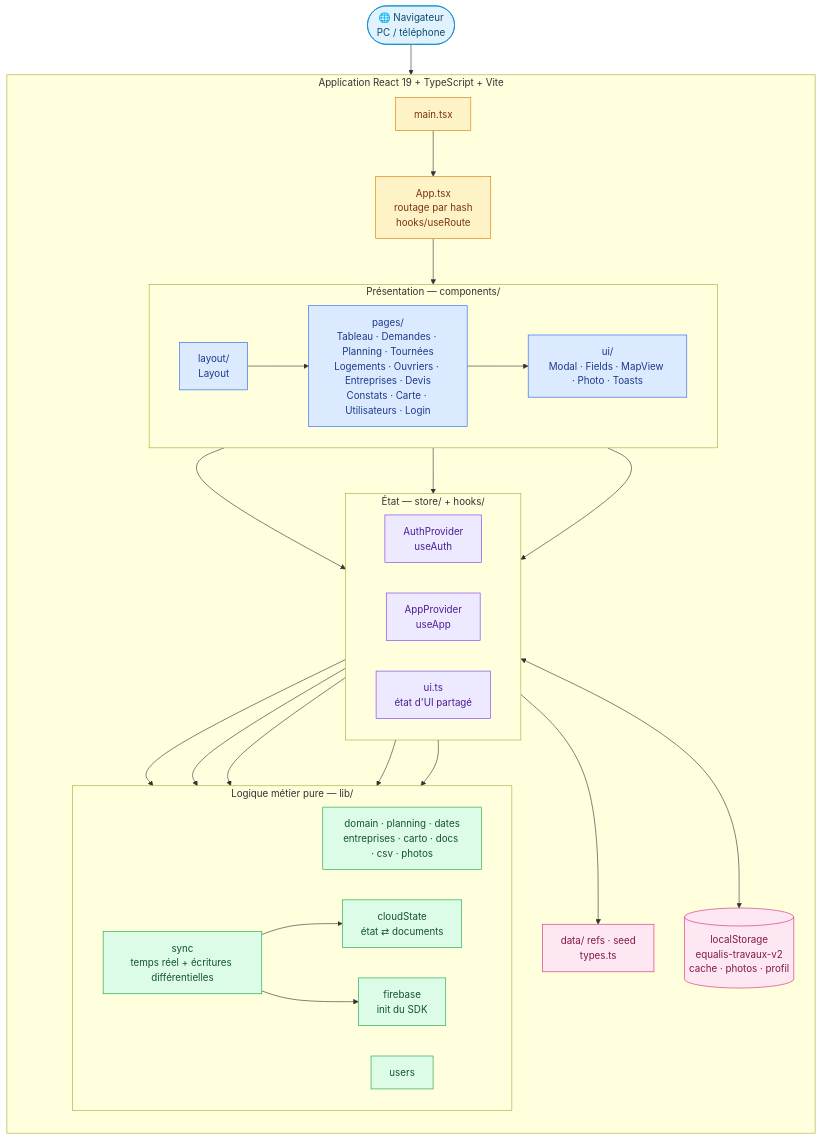
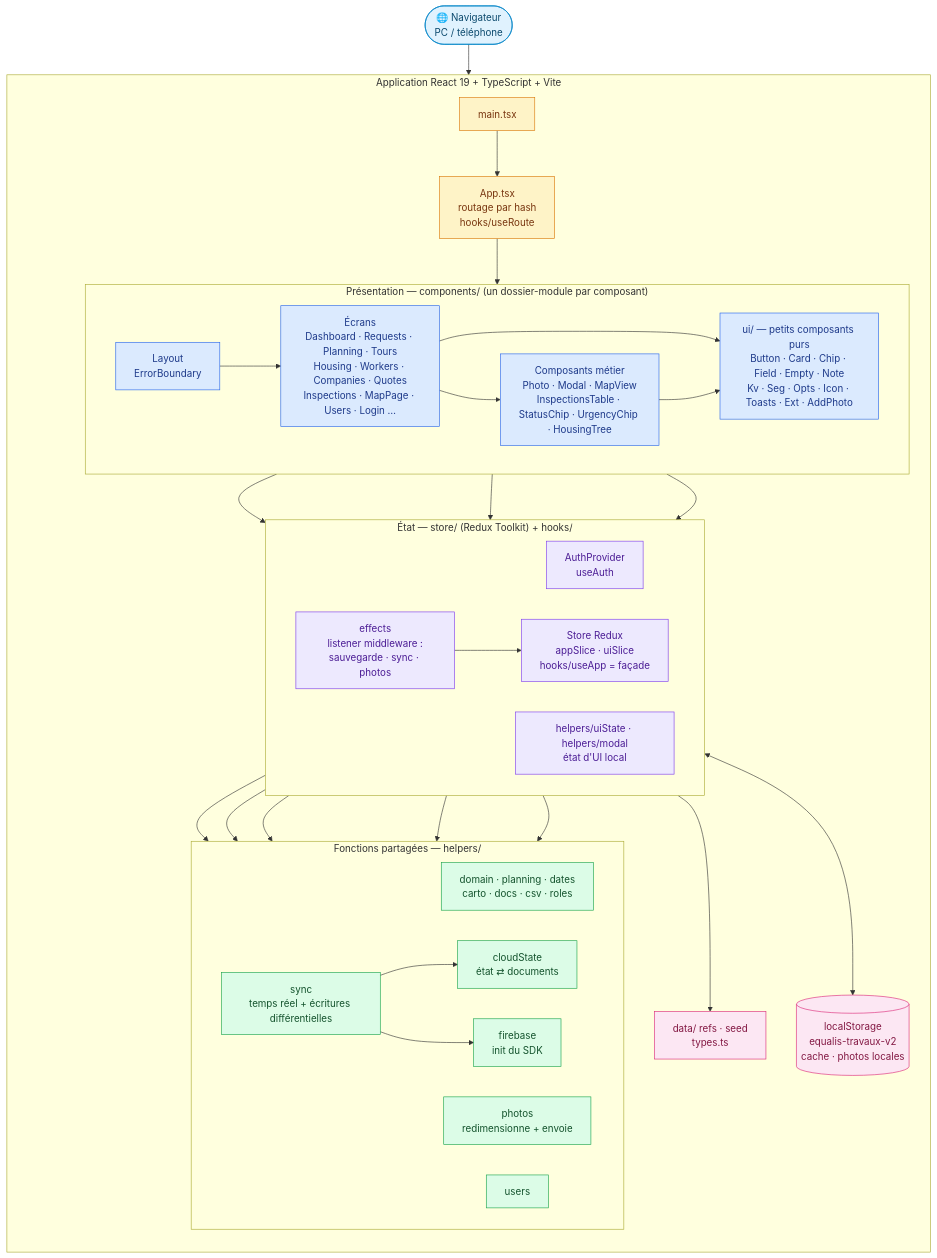
The first of 2 diagrams in README.md (Mogot77/Application_Gestion_Travaux), drawn with Mermaid before and after one commit. The commit also changed other lines of this file and 2 other files, not shown here.

Commit message:
docs: update README diagrams, structure and CLAUDE.md for the new architecture

````diff
--- a/README.md
+++ b/README.md
@@ -26,58 +28,64 @@
 ```mermaid
 flowchart TB
     Browser(["🌐 Navigateur<br/>PC / téléphone"]):::ext
 
     subgraph Front["Application React 19 + TypeScript + Vite"]
         direction TB
         Main["main.tsx"]:::entry
         Router["App.tsx<br/>routage par hash<br/>hooks/useRoute"]:::entry
 
-        subgraph UI["Présentation — components/"]
+        subgraph UI["Présentation — components/ (un dossier-module par composant)"]
             direction LR
-            Layout["layout/<br/>Layout"]:::ui
-            Pages["pages/<br/>Tableau · Demandes · Planning · Tournées<br/>Logements · Ouvriers · Entreprises · Devis<br/>Constats · Carte · Utilisateurs · Login"]:::ui
-            Widgets["ui/<br/>Modal · Fields · MapView · Photo · Toasts"]:::ui
+            Layout["Layout<br/>ErrorBoundary"]:::ui
+            Pages["Écrans<br/>Dashboard · Requests · Planning · Tours<br/>Housing · Workers · Companies · Quotes<br/>Inspections · MapPage · Users · Login …"]:::ui
+            Feat["Composants métier<br/>Photo · Modal · MapView<br/>InspectionsTable · StatusChip · UrgencyChip · HousingTree"]:::ui
+            Prims["ui/ — petits composants purs<br/>Button · Card · Chip · Field · Empty · Note<br/>Kv · Seg · Opts · Icon · Toasts · Ext · AddPhoto"]:::ui
         end
 
-        subgraph Store["État — store/ + hooks/"]
+        subgraph Store["État — store/ (Redux Toolkit) + hooks/"]
             direction LR
             AuthP["AuthProvider<br/>useAuth"]:::state
-            AppP["AppProvider<br/>useApp"]:::state
-            UIs["ui.ts<br/>état d'UI partagé"]:::state
+            RTK["Store Redux<br/>appSlice · uiSlice<br/>hooks/useApp = façade"]:::state
+            Eff["effects<br/>listener middleware :<br/>sauvegarde · sync · photos"]:::state
+            UIs["helpers/uiState · helpers/modal<br/>état d'UI local"]:::state
         end
 
-        subgraph Lib["Logique métier pure — lib/"]
+        subgraph Lib["Fonctions partagées — helpers/"]
             direction LR
-            Dom["domain · planning · dates<br/>entreprises · carto · docs · csv · photos"]:::logic
+            Dom["domain · planning · dates<br/>carto · docs · csv · roles"]:::logic
+            Ph["photos<br/>redimensionne + envoie"]:::logic
             Cs["cloudState<br/>état ⇄ documents"]:::logic
             Sy["sync<br/>temps réel + écritures différentielles"]:::logic
             Us["users"]:::logic
             Fbl["firebase<br/>init du SDK"]:::logic
         end
 
         Data["data/ refs · seed<br/>types.ts"]:::data
-        LS[("localStorage<br/>equalis-travaux-v2<br/>cache · photos · profil")]:::data
+        LS[("localStorage<br/>equalis-travaux-v2<br/>cache · photos locales")]:::data
     end
 
     Browser --> Main --> Router --> Layout --> Pages
-    Pages --> Widgets
+    Pages --> Feat
+    Pages --> Prims
+    Feat --> Prims
     Pages --> AuthP
-    Pages --> AppP
+    Pages --> RTK
     Pages --> UIs
-    AppP --> Dom
-    AppP --> Cs
-    AppP --> Sy
-    AppP --> Data
-    AppP <--> LS
+    RTK --> Dom
+    RTK --> Data
+    Eff --> RTK
+    Eff --> Sy
+    Eff --> Ph
+    Eff <--> LS
     AuthP --> Us
     AuthP --> Fbl
     Sy --> Cs
     Sy --> Fbl
 
     classDef ext fill:#e0f2fe,stroke:#0284c7,color:#0c4a6e
     classDef entry fill:#fef3c7,stroke:#d97706,color:#78350f
     classDef ui fill:#dbeafe,stroke:#2563eb,color:#1e3a8a
     classDef state fill:#ede9fe,stroke:#7c3aed,color:#4c1d95
     classDef logic fill:#dcfce7,stroke:#16a34a,color:#14532d
     classDef data fill:#fce7f3,stroke:#db2777,color:#831843
 ```
````
